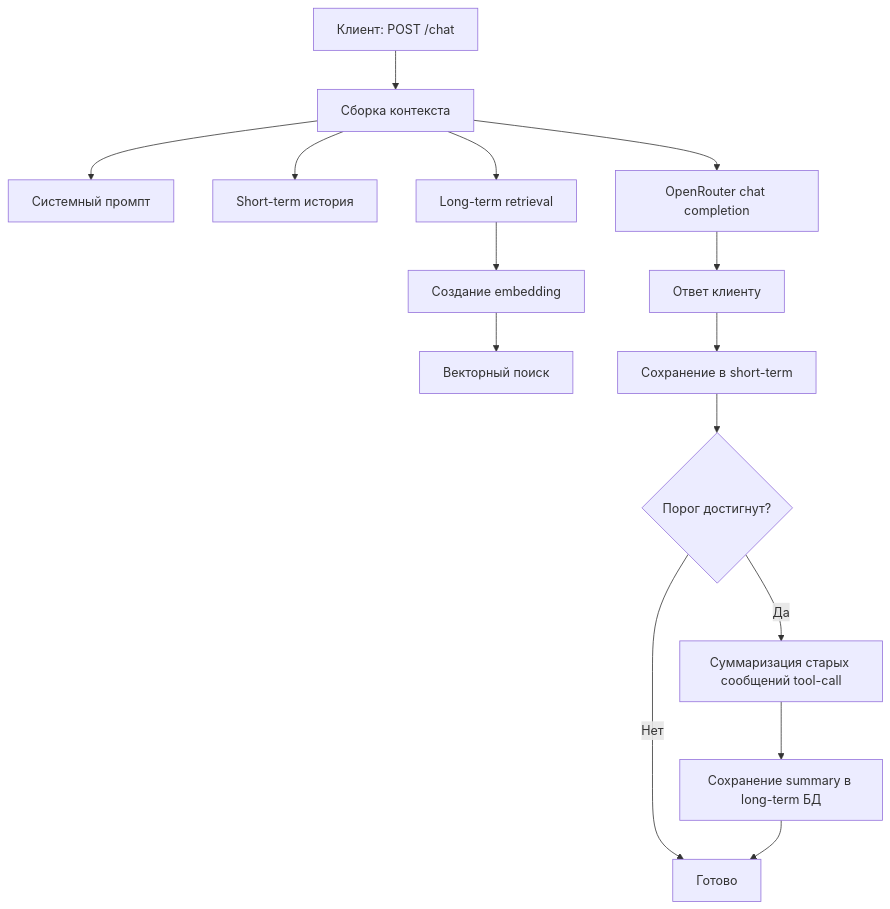
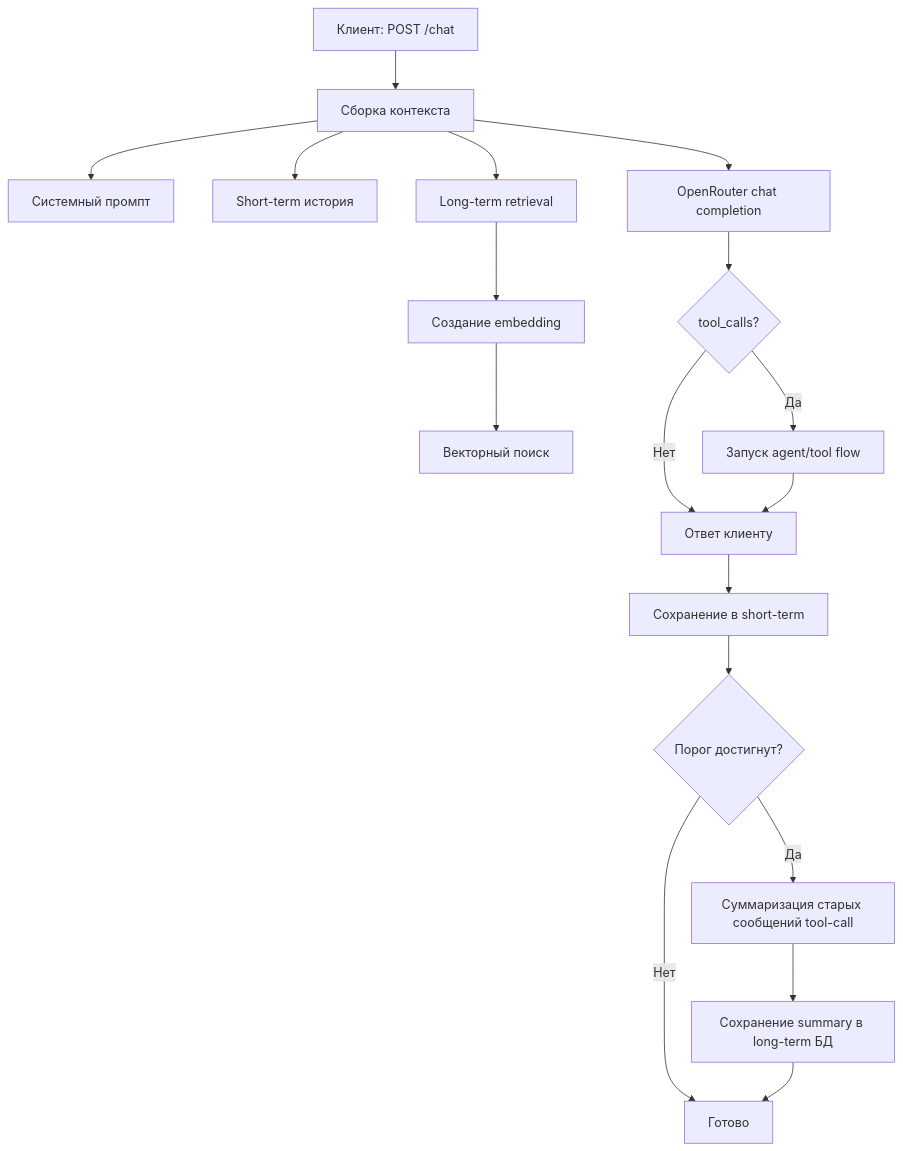
Before and after one commit to nikaydo/personal-assistant: the diagram in README.ru.md, drawn with Mermaid. The commit also changed other lines of this file and 9 other files, not shown here.

````diff
--- a/README.ru.md
+++ b/README.ru.md
@@ -56,17 +56,20 @@
 ```mermaid
 flowchart TD
     A[Клиент: POST /chat] --> B[Сборка контекста]
     B --> B1[Системный промпт]
     B --> B2[Short-term история]
     B --> B3[Long-term retrieval]
     B3 --> E1[Создание embedding]
     E1 --> E2[Векторный поиск]
     B --> C[OpenRouter chat completion]
-    C --> D[Ответ клиенту]
-    D --> F[Сохранение в short-term]
-    F --> G{Порог достигнут?}
-    G -->|Нет| H[Готово]
-    G -->|Да| I[Суммаризация старых сообщений tool-call]
-    I --> J[Сохранение summary в long-term БД]
-    J --> H
+    C --> D{tool_calls?}
+    D -->|Нет| E[Ответ клиенту]
+    D -->|Да| F[Запуск agent/tool flow]
+    F --> E
+    E --> G[Сохранение в short-term]
+    G --> H{Порог достигнут?}
+    H -->|Нет| I[Готово]
+    H -->|Да| J[Суммаризация старых сообщений tool-call]
+    J --> K[Сохранение summary в long-term БД]
+    K --> I
 ```
````
